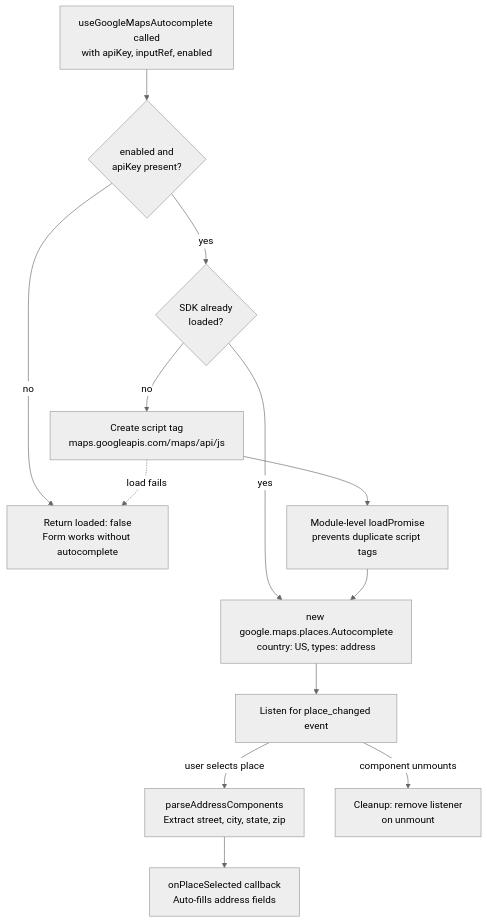
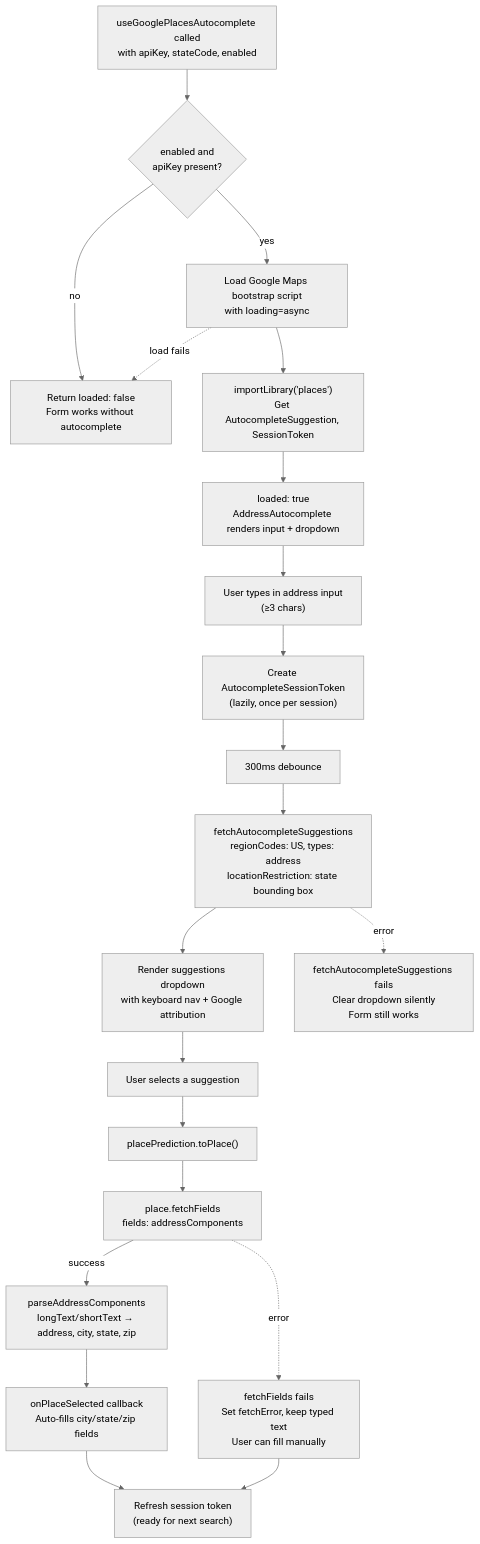
The diagram in docs/architecture/google-maps-autocomplete-lifecycle.md (edward-rosado/jenisesells-website), drawn with Mermaid (neutral theme) before and after one commit. The commit also changed other lines of this file and 13 other files, not shown here.

First line of the commit message:
feat: migrate Google Places autocomplete from legacy to Data API

````diff
--- a/docs/architecture/google-maps-autocomplete-lifecycle.md
+++ b/docs/architecture/google-maps-autocomplete-lifecycle.md
@@ -5,27 +5,48 @@
 ```mermaid
 flowchart TD
-    Start["useGoogleMapsAutocomplete called<br/>with apiKey, inputRef, enabled"]
+    Start["useGooglePlacesAutocomplete called<br/>with apiKey, stateCode, enabled"]
     CheckEnabled{"enabled and<br/>apiKey present?"}
     Skip["Return loaded: false<br/>Form works without autocomplete"]
-    CheckLoaded{"SDK already<br/>loaded?"}
-    InjectScript["Create script tag<br/>maps.googleapis.com/maps/api/js"]
-    Dedup["Module-level loadPromise<br/>prevents duplicate script tags"]
-    InitAutocomplete["new google.maps.places.Autocomplete<br/>country: US, types: address"]
-    Listen["Listen for place_changed event"]
-    Parse["parseAddressComponents<br/>Extract street, city, state, zip"]
-    Fill["onPlaceSelected callback<br/>Auto-fills address fields"]
-    Cleanup["Cleanup: remove listener<br/>on unmount"]
+    LoadBootstrap["Load Google Maps bootstrap script<br/>with loading=async"]
+    ImportLib["importLibrary('places')<br/>Get AutocompleteSuggestion, SessionToken"]
+    Ready["loaded: true<br/>AddressAutocomplete renders input + dropdown"]
+
+    UserTypes["User types in address input<br/>(≥3 chars)"]
+    CreateToken["Create AutocompleteSessionToken<br/>(lazily, once per session)"]
+    Debounce["300ms debounce"]
+    FetchSuggestions["fetchAutocompleteSuggestions<br/>regionCodes: US, types: address<br/>locationRestriction: state bounding box"]
+    ShowDropdown["Render suggestions dropdown<br/>with keyboard nav + Google attribution"]
+
+    SelectPlace["User selects a suggestion"]
+    ToPlace["placePrediction.toPlace()"]
+    FetchFields["place.fetchFields<br/>fields: addressComponents"]
+    Parse["parseAddressComponents<br/>longText/shortText → address, city, state, zip"]
+    Fill["onPlaceSelected callback<br/>Auto-fills city/state/zip fields"]
+    RefreshToken["Refresh session token<br/>(ready for next search)"]
+
+    FetchFail["fetchFields fails<br/>Set fetchError, keep typed text<br/>User can fill manually"]
+    SuggestionsFail["fetchAutocompleteSuggestions fails<br/>Clear dropdown silently<br/>Form still works"]
 
     Start --> CheckEnabled
     CheckEnabled -->|"no"| Skip
-    CheckEnabled -->|"yes"| CheckLoaded
-    CheckLoaded -->|"yes"| InitAutocomplete
-    CheckLoaded -->|"no"| InjectScript
-    InjectScript --> Dedup
-    Dedup --> InitAutocomplete
-    InitAutocomplete --> Listen
-    Listen -->|"user selects place"| Parse
+    CheckEnabled -->|"yes"| LoadBootstrap
+    LoadBootstrap --> ImportLib
+    ImportLib --> Ready
+    LoadBootstrap -.->|"load fails"| Skip
+
+    Ready --> UserTypes
+    UserTypes --> CreateToken
+    CreateToken --> Debounce
+    Debounce --> FetchSuggestions
+    FetchSuggestions --> ShowDropdown
+    FetchSuggestions -.->|"error"| SuggestionsFail
+
+    ShowDropdown --> SelectPlace
+    SelectPlace --> ToPlace
+    ToPlace --> FetchFields
+    FetchFields -->|"success"| Parse
     Parse --> Fill
-    Listen -->|"component unmounts"| Cleanup
-    InjectScript -.->|"load fails"| Skip
+    Fill --> RefreshToken
+    FetchFields -.->|"error"| FetchFail
+    FetchFail --> RefreshToken
 ```
````
